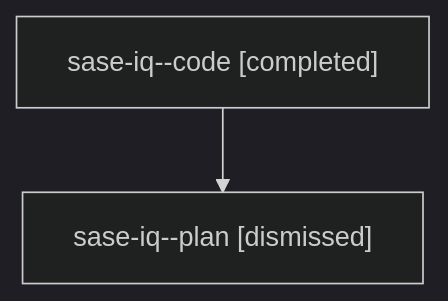
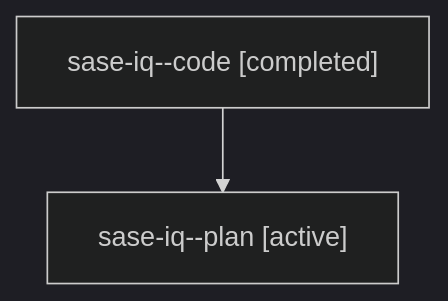
The diagram in families/bbugyi200.athena.sase-iq.md (sase-org/sase--agents), drawn with Mermaid (dark theme) before and after one commit. The commit also changed other lines of this file and 35830 other files, not shown here.

````diff
--- a/families/bbugyi200.athena.sase-iq.md
+++ b/families/bbugyi200.athena.sase-iq.md
@@ -9,6 +9,6 @@
 ```mermaid
 flowchart TD
   n0["sase-iq--code [completed]"]
-  n1["sase-iq--plan [dismissed]"]
+  n1["sase-iq--plan [active]"]
   n0 --> n1
 ```
````
